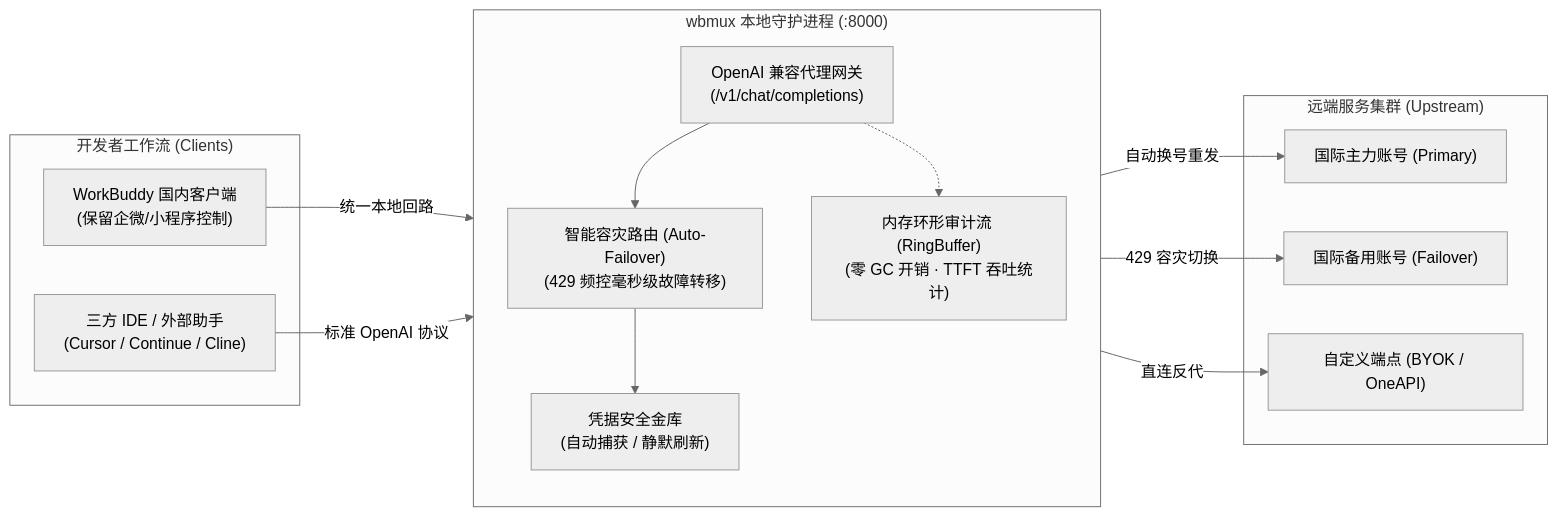
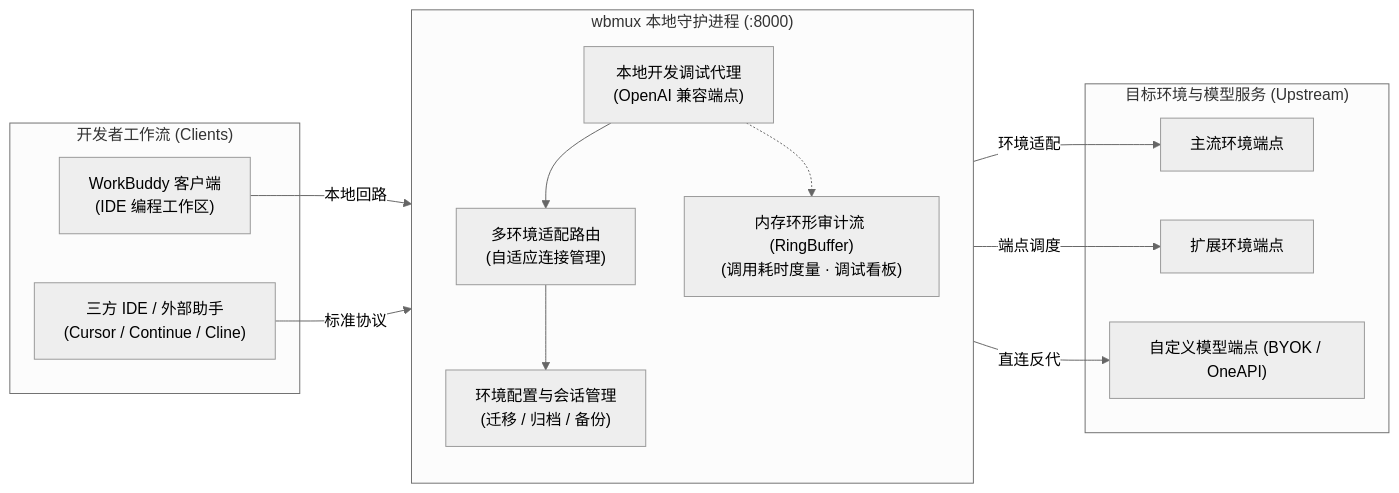
The diagram in README.md (HMuSeaB/wbmux), drawn with Mermaid (neutral theme) before and after one commit. The commit also changed other lines of this file and 1 other file, not shown here.

````diff
--- a/README.md
+++ b/README.md
@@ -59,31 +59,31 @@
 ```mermaid
 graph LR
     subgraph Clients["开发者工作流 (Clients)"]
-        CB["WorkBuddy 国内客户端<br/>(保留企微/小程序控制)"]
+        CB["WorkBuddy 客户端<br/>(IDE 编程工作区)"]
         IDE["三方 IDE / 外部助手<br/>(Cursor / Continue / Cline)"]
     end
 
     subgraph wbmux["wbmux 本地守护进程 (:8000)"]
         direction TB
-        GW["OpenAI 兼容代理网关<br/>(/v1/chat/completions)"]
-        AUTH["凭据安全金库<br/>(自动捕获 / 静默刷新)"]
-        ROUTER["智能容灾路由 (Auto-Failover)<br/>(429 频控毫秒级故障转移)"]
-        AUDIT["内存环形审计流 (RingBuffer)<br/>(零 GC 开销 · TTFT 吞吐统计)"]
+        GW["本地开发调试代理<br/>(OpenAI 兼容端点)"]
+        CONF["环境配置与会话管理<br/>(迁移 / 归档 / 备份)"]
+        ROUTER["多环境适配路由<br/>(自适应连接管理)"]
+        AUDIT["内存环形审计流 (RingBuffer)<br/>(调用耗时度量 · 调试看板)"]
         
         GW --> ROUTER
-        ROUTER --> AUTH
+        ROUTER --> CONF
         GW -.-> AUDIT
     end
 
-    subgraph Upstream["远端服务集群 (Upstream)"]
-        ACC_P["国际主力账号 (Primary)"]
-        ACC_B["国际备用账号 (Failover)"]
-        BYOK["自定义端点 (BYOK / OneAPI)"]
+    subgraph Upstream["目标环境与模型服务 (Upstream)"]
+        ENV_A["主流环境端点"]
+        ENV_B["扩展环境端点"]
+        BYOK["自定义模型端点 (BYOK / OneAPI)"]
     end
 
-    CB -->|"统一本地回路"| GW
-    IDE -->|"标准 OpenAI 协议"| GW
-    ROUTER -->|"自动换号重发"| ACC_P
-    ROUTER -->|"429 容灾切换"| ACC_B
+    CB -->|"本地回路"| GW
+    IDE -->|"标准协议"| GW
+    ROUTER -->|"环境适配"| ENV_A
+    ROUTER -->|"端点调度"| ENV_B
     ROUTER -->|"直连反代"| BYOK
 ```
````
